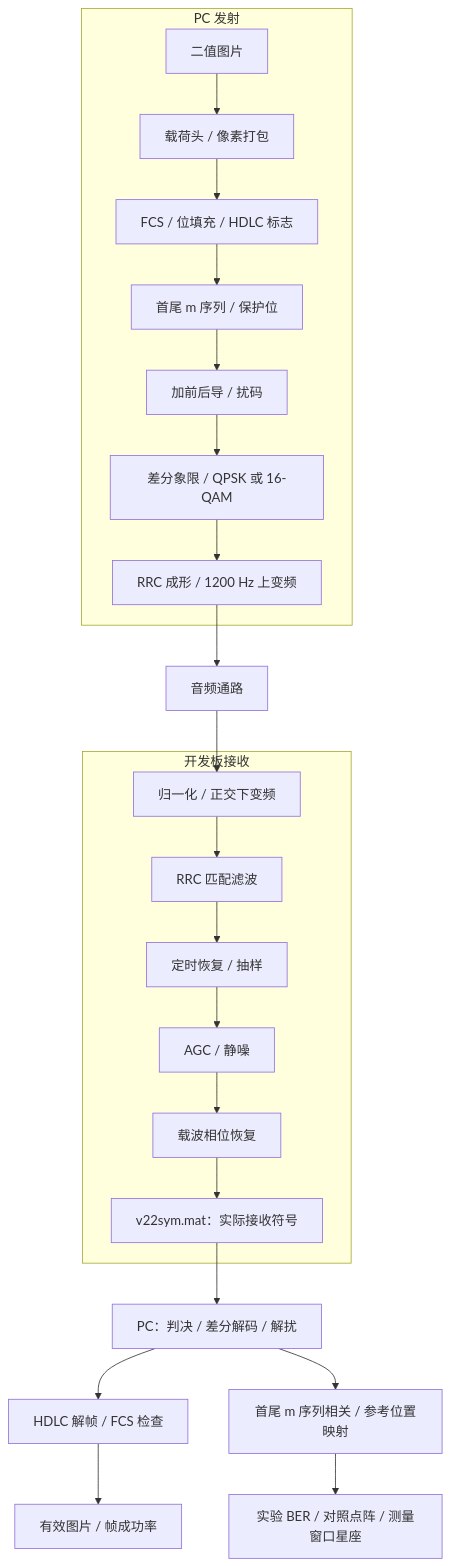
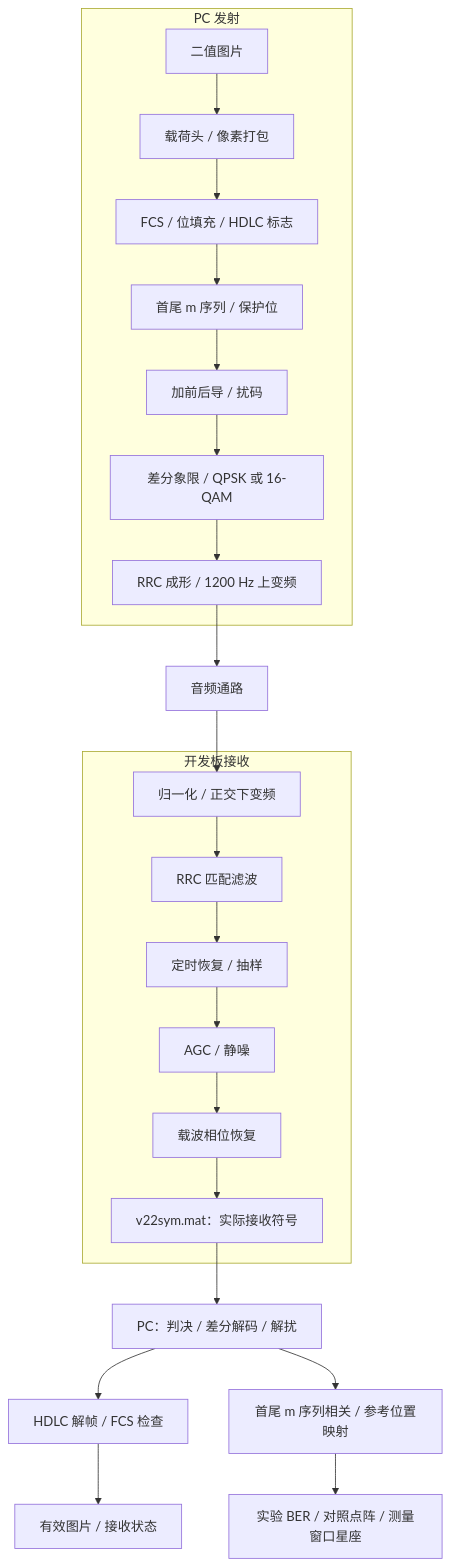
Before and after one commit to padhialuo0426/portable-acoustic-sdr: the diagram in documents/实验四_V22bis.md, drawn with Mermaid. The commit also changed other lines of this file and 3 other files, not shown here.

````diff
--- a/documents/实验四_V22bis.md
+++ b/documents/实验四_V22bis.md
@@ -15,21 +15,21 @@
 ```mermaid
 flowchart TB
     subgraph TX["PC 发射"]
         image["二值图片"] --> payload["载荷头 / 像素打包"]
         payload --> hdlc["FCS / 位填充 / HDLC 标志"]
         hdlc --> marker["首尾 m 序列 / 保护位"]
         marker --> scramble["加前后导 / 扰码"]
         scramble --> map["差分象限 / QPSK 或 16-QAM"]
         map --> shape["RRC 成形 / 1200 Hz 上变频"]
     end
     shape --> channel["音频通路"]
     subgraph RX["开发板接收"]
         down["归一化 / 正交下变频"] --> rrc["RRC 匹配滤波"]
         rrc --> timing["定时恢复 / 抽样"] --> agc["AGC / 静噪"]
         agc --> carrier["载波相位恢复"] --> symbols["v22sym.mat：实际接收符号"]
     end
     channel --> down
     symbols --> bits["PC：判决 / 差分解码 / 解扰"]
-    bits --> check["HDLC 解帧 / FCS 检查"] --> result["有效图片 / 帧成功率"]
+    bits --> check["HDLC 解帧 / FCS 检查"] --> result["有效图片 / 接收状态"]
     bits --> sync["首尾 m 序列相关 / 参考位置映射"] --> measure["实验 BER / 对照点阵 / 测量窗口星座"]
 ```
````
